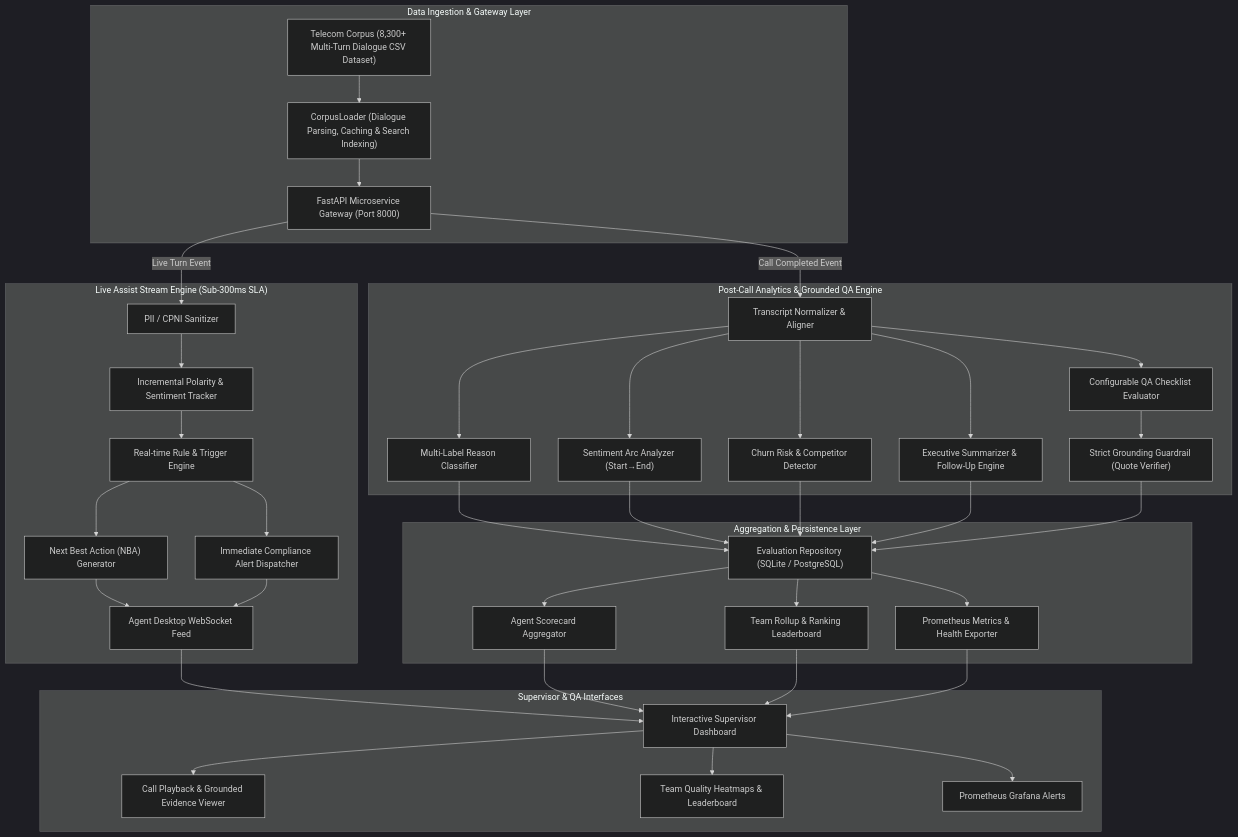
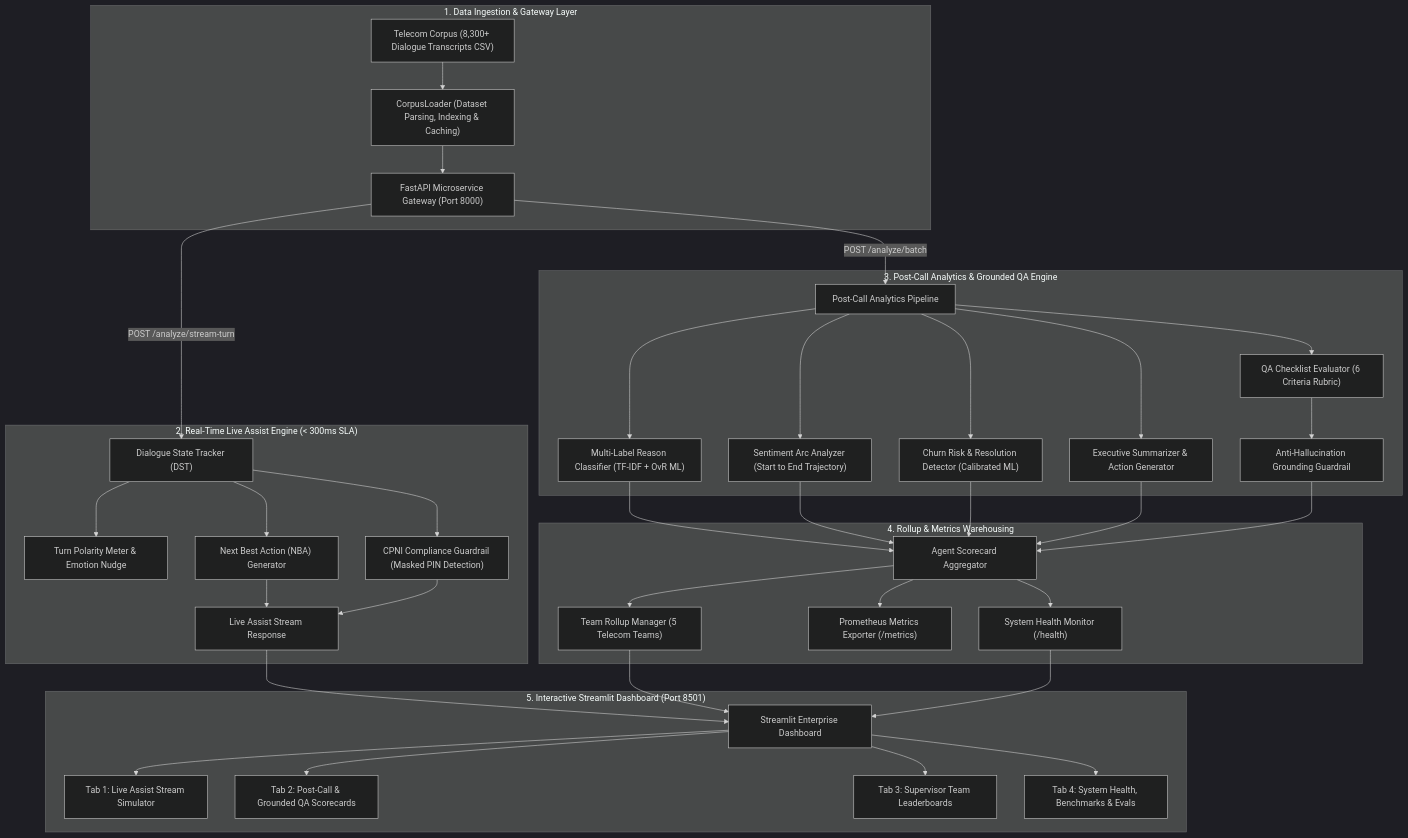
The diagram in docs/ARCHITECTURE.md (Ajay-Varsan/telecom-conversation-intelligence), drawn with Mermaid (dark theme) before and after one commit. The commit also changed 1 other file, not shown here.

Commit message:
fix(mermaid): fix parse error on edge labels and verify all flow lines

````diff
--- a/docs/ARCHITECTURE.md
+++ b/docs/ARCHITECTURE.md
@@ -10,40 +10,40 @@
 ```mermaid
 flowchart TD
-    subgraph Ingestion ["Data Ingestion & Gateway Layer"]
-        A["Telecom Corpus (8,300+ Multi-Turn Dialogue CSV Dataset)"] --> B["CorpusLoader (Dialogue Parsing, Caching & Search Indexing)"]
+    subgraph Ingestion ["1. Data Ingestion & Gateway Layer"]
+        A["Telecom Corpus (8,300+ Dialogue Transcripts CSV)"] --> B["CorpusLoader (Dataset Parsing, Indexing & Caching)"]
         B --> C["FastAPI Microservice Gateway (Port 8000)"]
     end
 
-    subgraph LiveEngine ["Live Assist Stream Engine (Sub-300ms SLA)"]
-        C -->|Live Turn Event| D1["PII / CPNI Sanitizer"]
-        D1 --> D2["Incremental Polarity & Sentiment Tracker"]
-        D2 --> D3["Real-time Rule & Trigger Engine"]
-        D3 --> D4["Next Best Action (NBA) Generator"]
-        D3 --> D5["Immediate Compliance Alert Dispatcher"]
-        D4 & D5 --> D6["Agent Desktop WebSocket Feed"]
+    subgraph RealTime ["2. Real-Time Live Assist Engine (< 300ms SLA)"]
+        C -->|"POST /analyze/stream-turn"| E1["Dialogue State Tracker (DST)"]
+        E1 --> E2["Turn Polarity Meter & Emotion Nudge"]
+        E1 --> E3["CPNI Compliance Guardrail (Masked PIN Detection)"]
+        E1 --> E4["Next Best Action (NBA) Generator"]
+        E4 & E3 --> E5["Live Assist Stream Response"]
     end
 
-    subgraph BatchEngine ["Post-Call Analytics & Grounded QA Engine"]
-        C -->|Call Completed Event| E1["Transcript Normalizer & Aligner"]
-        E1 --> E2["Multi-Label Reason Classifier"]
-        E1 --> E3["Sentiment Arc Analyzer (Start→End)"]
-        E1 --> E4["Churn Risk & Competitor Detector"]
-        E1 --> E5["Executive Summarizer & Follow-Up Engine"]
-        E1 --> E6["Configurable QA Checklist Evaluator"]
-        E6 --> E7["Strict Grounding Guardrail (Quote Verifier)"]
+    subgraph PostCall ["3. Post-Call Analytics & Grounded QA Engine"]
+        C -->|"POST /analyze/batch"| F1["Post-Call Analytics Pipeline"]
+        F1 --> F2["Multi-Label Reason Classifier (TF-IDF + OvR ML)"]
+        F1 --> F3["Sentiment Arc Analyzer (Start to End Trajectory)"]
+        F1 --> F4["Churn Risk & Resolution Detector (Calibrated ML)"]
+        F1 --> F5["Executive Summarizer & Action Generator"]
+        F1 --> F6["QA Checklist Evaluator (6 Criteria Rubric)"]
+        F6 --> F7["Anti-Hallucination Grounding Guardrail"]
     end
 
-    subgraph RollupStorage ["Aggregation & Persistence Layer"]
-        E2 & E3 & E4 & E5 & E7 --> F1["Evaluation Repository (SQLite / PostgreSQL)"]
-        F1 --> F2["Agent Scorecard Aggregator"]
-        F1 --> F3["Team Rollup & Ranking Leaderboard"]
-        F1 --> F4["Prometheus Metrics & Health Exporter"]
+    subgraph Persistence ["4. Rollup & Metrics Warehousing"]
+        F2 & F3 & F4 & F5 & F7 --> G1["Agent Scorecard Aggregator"]
+        G1 --> G2["Team Rollup Manager (5 Telecom Teams)"]
+        G1 --> G3["Prometheus Metrics Exporter (/metrics)"]
+        G1 --> G4["System Health Monitor (/health)"]
     end
 
-    subgraph ClientUI ["Supervisor & QA Interfaces"]
-        D6 & F2 & F3 & F4 --> G1["Interactive Supervisor Dashboard"]
-        G1 --> G2["Call Playback & Grounded Evidence Viewer"]
-        G1 --> G3["Team Quality Heatmaps & Leaderboard"]
-        G1 --> G4["Prometheus Grafana Alerts"]
+    subgraph Presentation ["5. Interactive Streamlit Dashboard (Port 8501)"]
+        E5 & G2 & G4 --> H1["Streamlit Enterprise Dashboard"]
+        H1 --> H2["Tab 1: Live Assist Stream Simulator"]
+        H1 --> H3["Tab 2: Post-Call & Grounded QA Scorecards"]
+        H1 --> H4["Tab 3: Supervisor Team Leaderboards"]
+        H1 --> H5["Tab 4: System Health, Benchmarks & Evals"]
     end
 ```
````
